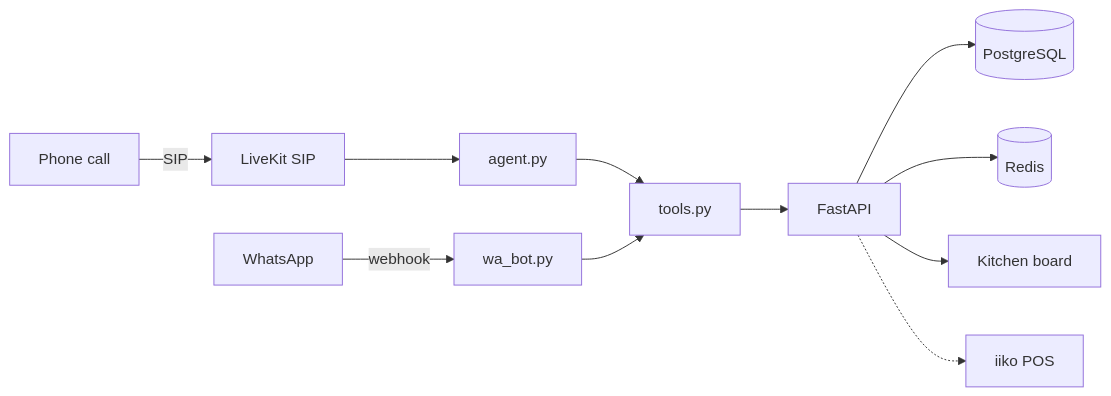
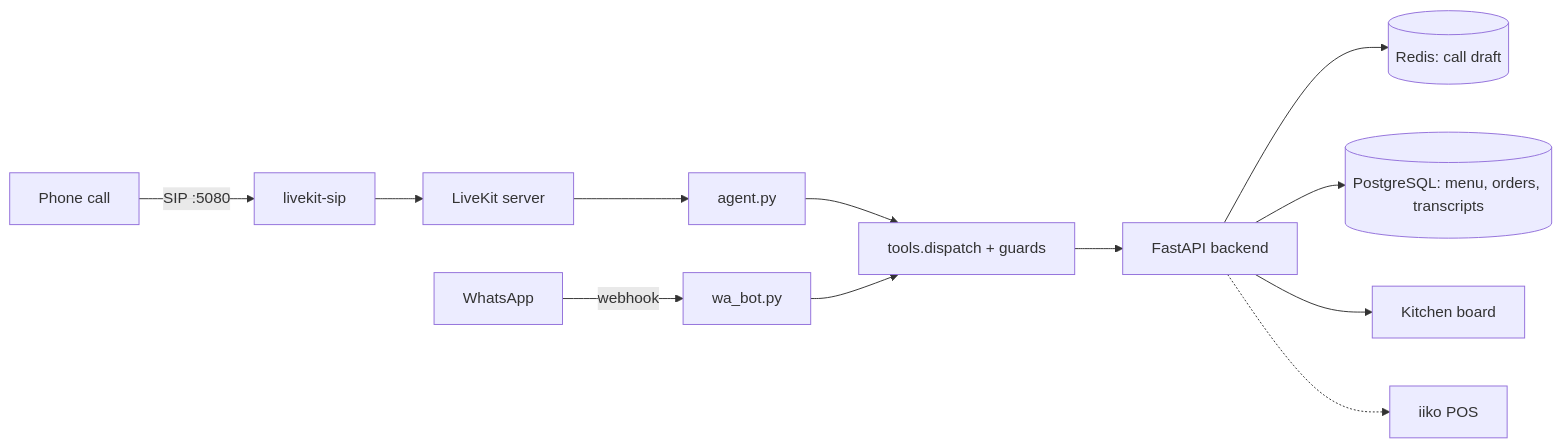
Before and after one commit to nurzhan2/voice-ordering-agent: the diagram in README.md, drawn with Mermaid. The commit also changed other lines of this file and 2 other files, not shown here.

````diff
--- a/README.md
+++ b/README.md
@@ -40,13 +43,14 @@
 ```mermaid
 flowchart LR
-    P[Phone call] -->|SIP| S[LiveKit SIP]
-    S --> A[agent.py]
+    P[Phone call] -->|SIP :5080| S[livekit-sip]
+    S --> L[LiveKit server]
+    L --> A[agent.py]
     W[WhatsApp] -->|webhook| B[wa_bot.py]
-    A --> T[tools.py]
+    A --> T[tools.dispatch + guards]
     B --> T
-    T --> F[FastAPI]
-    F --> DB[(PostgreSQL)]
-    F --> R[(Redis)]
+    T --> F[FastAPI backend]
+    F --> R[(Redis: call draft)]
+    F --> DB[(PostgreSQL: menu, orders, transcripts)]
     F --> K[Kitchen board]
     F -.-> I[iiko POS]
 ```
````
